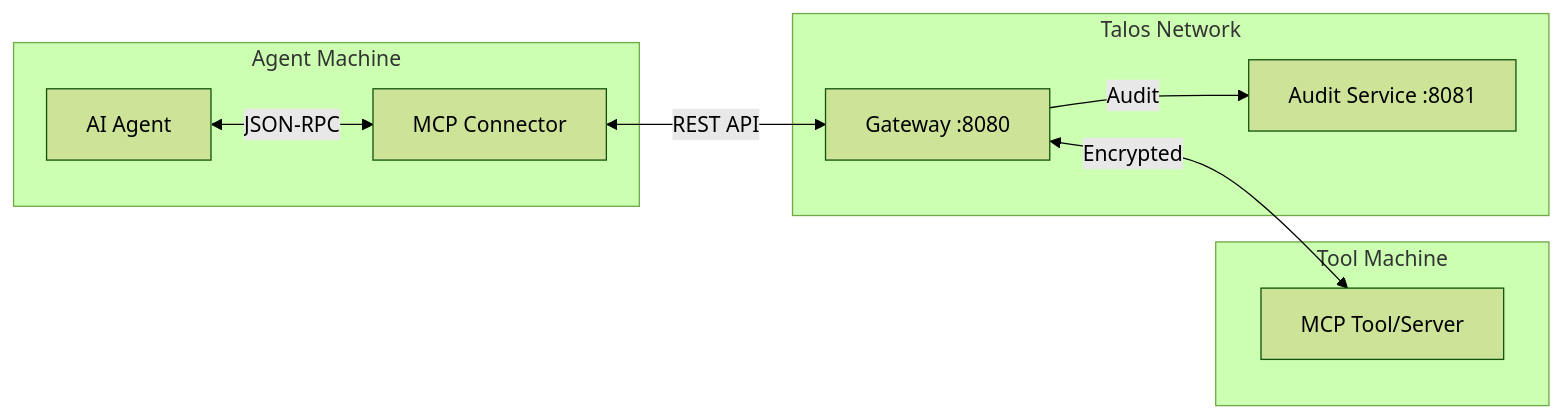
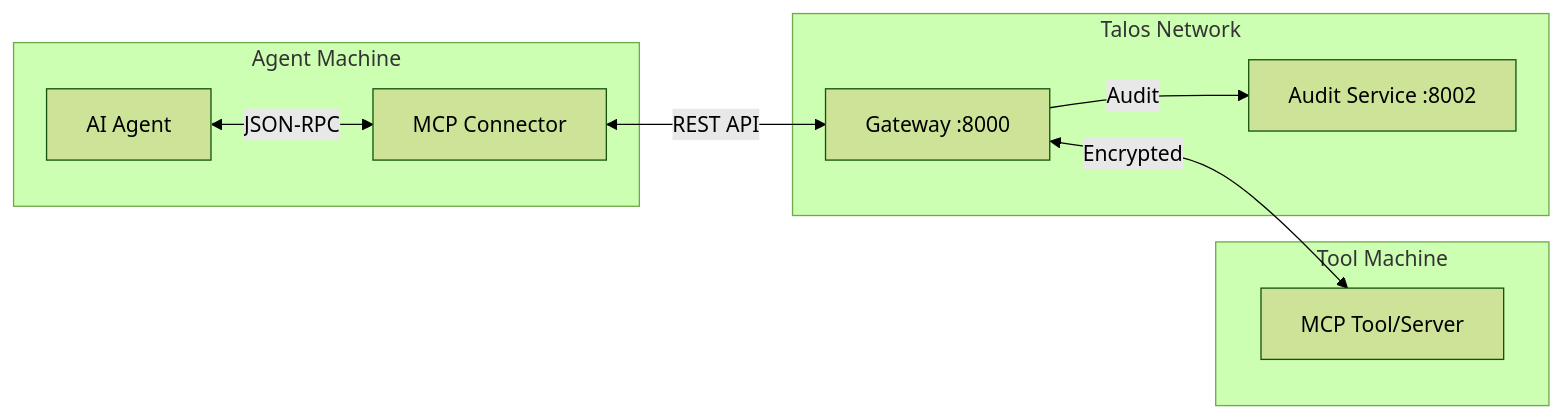
Before and after one commit to talosprotocol/talos-docs: the diagram in features/integrations/mcp-integration.md, drawn with Mermaid (forest theme). The commit also changed other lines of this file and 14 other files, not shown here.

````diff
--- a/features/integrations/mcp-integration.md
+++ b/features/integrations/mcp-integration.md
@@ -18,21 +18,21 @@
 ```mermaid
 graph LR
     subgraph "Agent Machine"
         Agent[AI Agent]
         CP[MCP Connector]
     end
 
     subgraph "Talos Network"
-        GW["Gateway :8080"]
-        Audit["Audit Service :8081"]
+        GW["Gateway :8000"]
+        Audit["Audit Service :8002"]
     end
 
     subgraph "Tool Machine"
         Tool[MCP Tool/Server]
     end
 
     Agent <-->|"JSON-RPC"| CP
     CP <-->|"REST API"| GW
     GW -->|"Audit"| Audit
     GW <-->|"Encrypted"| Tool
 ```
````
